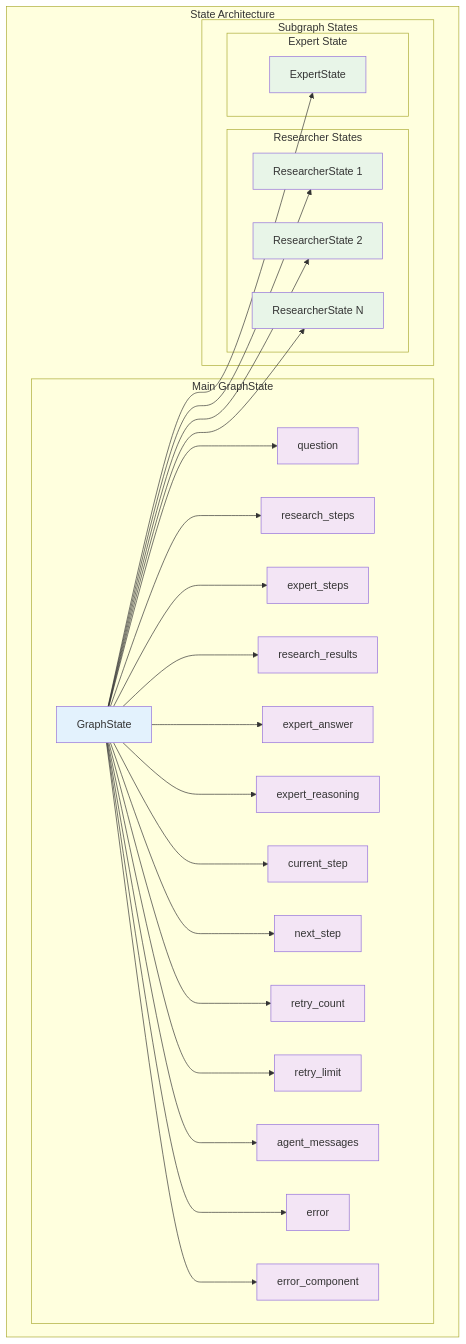
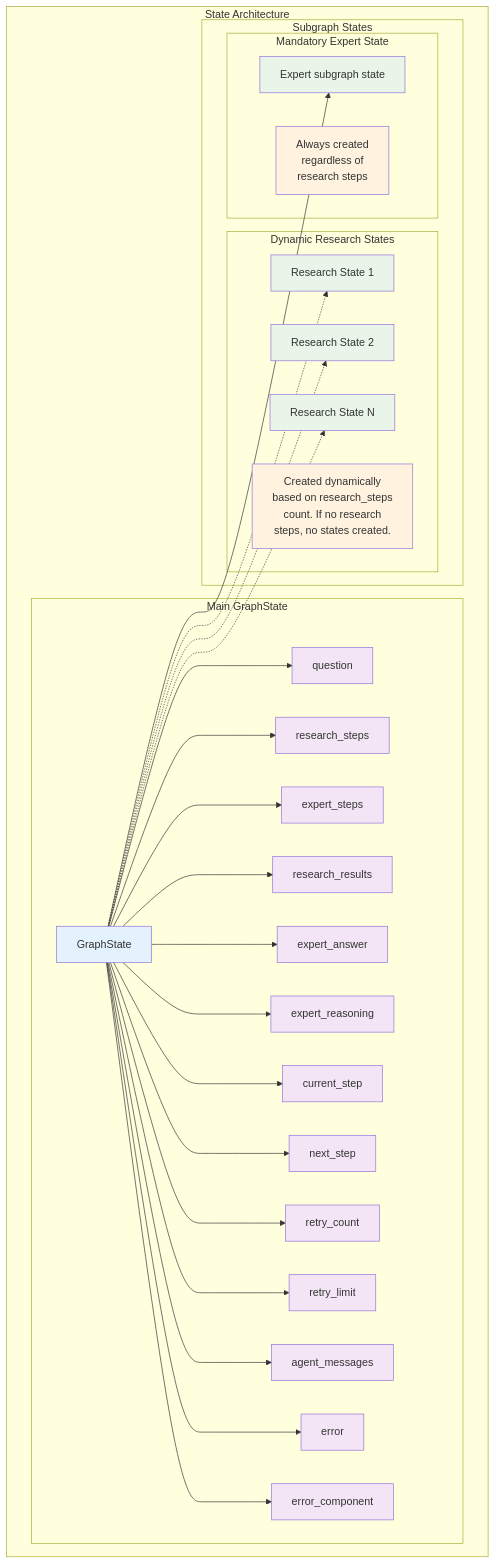
One commit to jdsham/hf-ai-agents-course changed the seventh of 14 diagrams in docs/src2/ARCHITECTURE.md. Above: the diagram before and after it, drawn with Mermaid. The commit also changed other lines of this file, not shown here.

Commit message:
Updated source code architecture document. Clarified more aspects about the architecture.

````diff
--- a/docs/src2/ARCHITECTURE.md
+++ b/docs/src2/ARCHITECTURE.md
@@ -1185,60 +1267,64 @@
 ```mermaid
 graph TB
     subgraph "State Architecture"
         subgraph "Main GraphState"
             GS[GraphState]
             Q[question]
             RS[research_steps]
             ES[expert_steps]
             RR[research_results]
             EA[expert_answer]
             ER[expert_reasoning]
             CS[current_step]
             NS[next_step]
             RC[retry_count]
             RL[retry_limit]
             AM[agent_messages]
             ERROR[error]
             EC[error_component]
         end
         
         subgraph "Subgraph States"
-            subgraph "Researcher States"
-                RS1[ResearcherState 1]
-                RS2[ResearcherState 2]
-                RSN[ResearcherState N]
+            subgraph "Dynamic Research States"
+                RS1[Research State 1]
+                RS2[Research State 2]
+                RSN[Research State N]
+                note1["Created dynamically<br/>based on research_steps<br/>count. If no research<br/>steps, no states created."]
             end
             
-            subgraph "Expert State"
-                ES1[ExpertState]
+            subgraph "Mandatory Expert State"
+                ES1[Expert subgraph state]
+                note2["Always created<br/>regardless of<br/>research steps"]
             end
         end
     end
     
     GS --> Q
     GS --> RS
     GS --> ES
     GS --> RR
     GS --> EA
     GS --> ER
     GS --> CS
     GS --> NS
     GS --> RC
     GS --> RL
     GS --> AM
     GS --> ERROR
     GS --> EC
     
-    GS --> RS1
-    GS --> RS2
-    GS --> RSN
+    GS -.-> RS1
+    GS -.-> RS2
+    GS -.-> RSN
     GS --> ES1
     
     classDef mainState fill:#e3f2fd
     classDef field fill:#f3e5f5
     classDef subState fill:#e8f5e8
+    classDef note fill:#fff3e0
     
     class GS mainState
     class Q,RS,ES,RR,EA,ER,CS,NS,RC,RL,AM,ERROR,EC field
     class RS1,RS2,RSN,ES1 subState
+    class note1,note2 note
 ```
````
